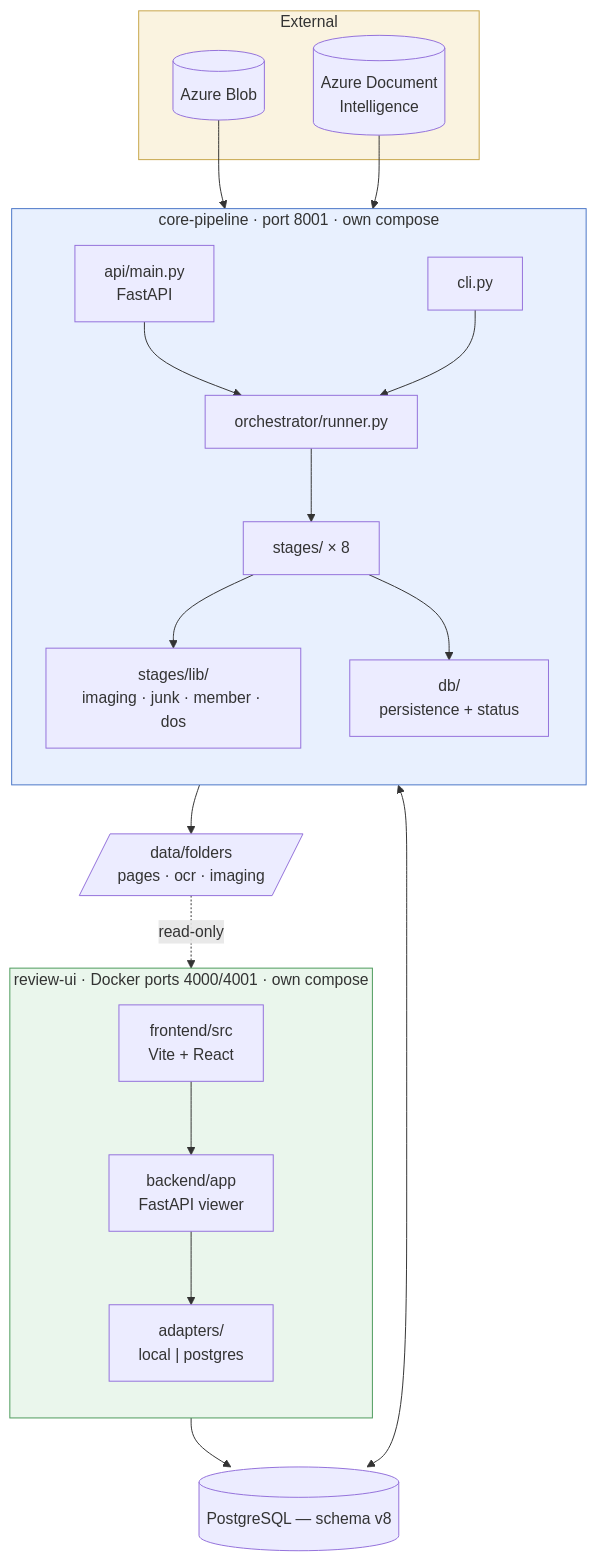
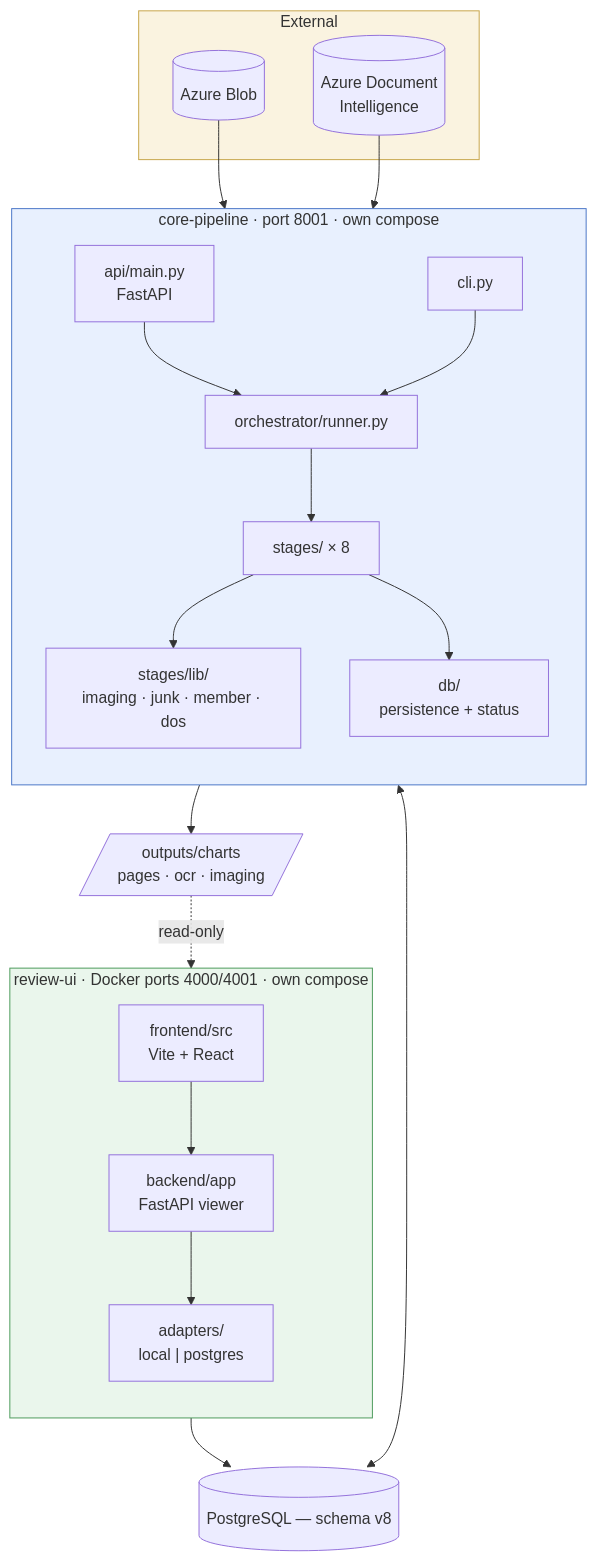
The first of 2 diagrams in docs/ARCHITECTURE.md (abhinavdg-ever/model-repo), drawn with Mermaid before and after one commit. The commit also changed other lines of this file and 46 other files, not shown here.

````diff
--- a/docs/ARCHITECTURE.md
+++ b/docs/ARCHITECTURE.md
@@ -27,43 +27,43 @@
 ```mermaid
 flowchart TB
   subgraph EXT["External"]
     BLOB[("Azure Blob")]
     ADI[("Azure Document<br/>Intelligence")]
   end
 
   subgraph CP["core-pipeline · port 8001 · own compose"]
     direction TB
     API["api/main.py<br/>FastAPI"]
     CLI["cli.py"]
     ORCH["orchestrator/runner.py"]
     ST["stages/ × 8"]
     LIB["stages/lib/<br/>imaging · junk · member · dos"]
     DB["db/<br/>persistence + status"]
     API --> ORCH
     CLI --> ORCH
     ORCH --> ST --> LIB
     ST --> DB
   end
 
   subgraph RU["review-ui · Docker ports 4000/4001 · own compose"]
     direction TB
     RAPI["backend/app<br/>FastAPI viewer"]
     ADPT["adapters/<br/>local | postgres"]
     FE["frontend/src<br/>Vite + React"]
     FE --> RAPI --> ADPT
   end
 
   PG[("PostgreSQL — schema v8")]
-  VOL[/"data/folders<br/>pages · ocr · imaging"/]
+  VOL[/"outputs/charts<br/>pages · ocr · imaging"/]
 
   BLOB --> ST
   ADI --> ST
   DB <--> PG
   ST --> VOL
   ADPT --> PG
   VOL -. "read-only" .-> ADPT
 
   style CP fill:#e8f0fe,stroke:#4a76c7
   style RU fill:#eaf6ec,stroke:#4c9a5b
   style EXT fill:#faf3e0,stroke:#c7a54a
 ```
````
